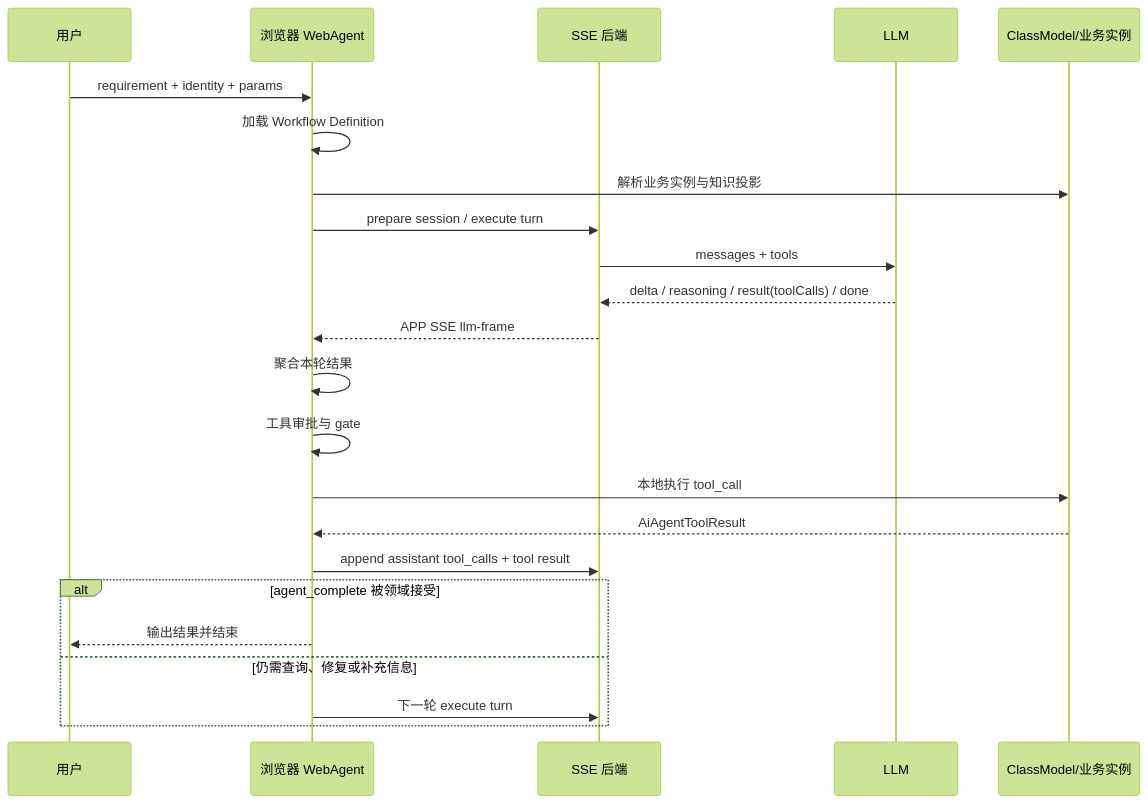
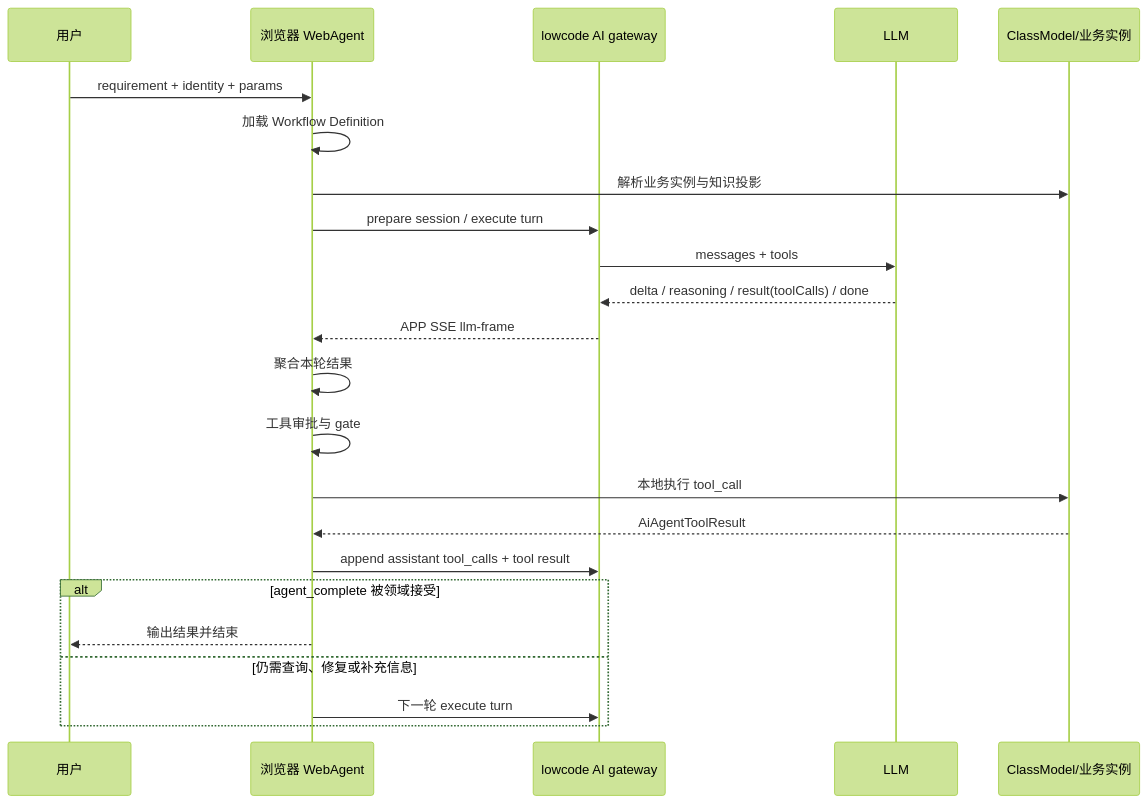
One commit to LMSpark/APPWORKS changed the second of 2 diagrams in docs/webagent-ai-workflow-architecture-zh-cn.md. Above: the diagram before and after it, drawn with Mermaid (forest theme). The commit also changed other lines of this file and 116 other files, not shown here.

````diff
--- a/docs/webagent-ai-workflow-architecture-zh-cn.md
+++ b/docs/webagent-ai-workflow-architecture-zh-cn.md
@@ -357,26 +357,26 @@
 ```mermaid
 sequenceDiagram
     participant U as 用户
     participant W as 浏览器 WebAgent
-    participant B as SSE 后端
+    participant B as lowcode AI gateway
     participant L as LLM
     participant M as ClassModel/业务实例
 
     U->>W: requirement + identity + params
     W->>W: 加载 Workflow Definition
     W->>M: 解析业务实例与知识投影
     W->>B: prepare session / execute turn
     B->>L: messages + tools
     L-->>B: delta / reasoning / result(toolCalls) / done
     B-->>W: APP SSE llm-frame
     W->>W: 聚合本轮结果
     W->>W: 工具审批与 gate
     W->>M: 本地执行 tool_call
     M-->>W: AiAgentToolResult
     W->>B: append assistant tool_calls + tool result
     alt agent_complete 被领域接受
         W-->>U: 输出结果并结束
     else 仍需查询、修复或补充信息
         W->>B: 下一轮 execute turn
     end
 ```
````
